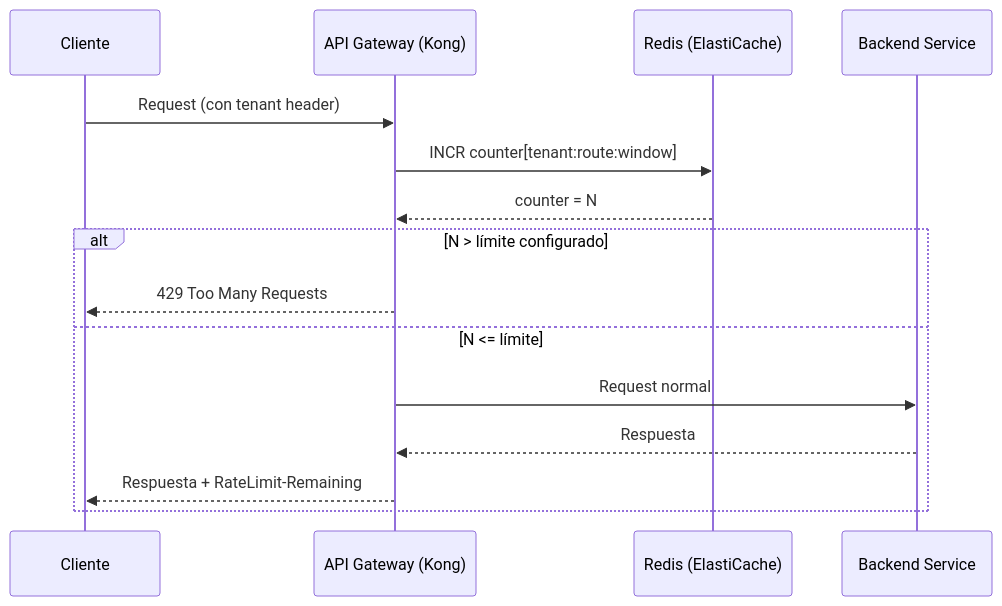
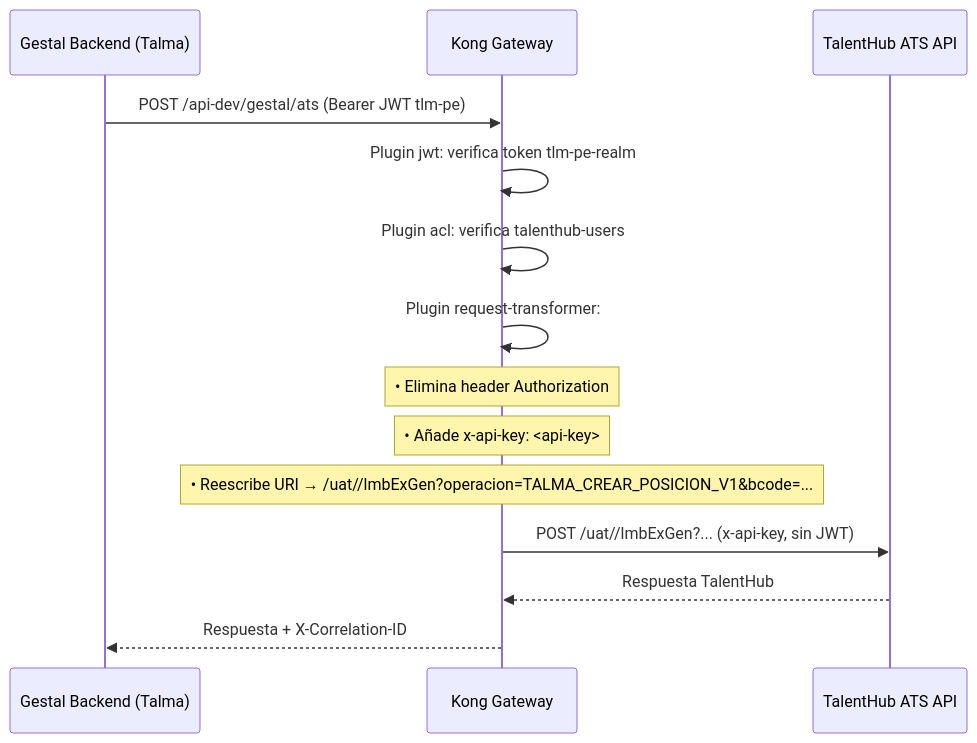
Before and after one commit to jclemente-tlm/tlm-doc-architecture: the second of 3 diagrams in docs/plataforma-corporativa/plataforma-de-integracion/api-gateway/06-vista-tiempo-ejecucion.md, drawn with Mermaid. The commit also changed other lines of this file and 11 other files, not shown here.

Commit message:
refactor: actualiza documentacion de api gateway

````diff
--- a/docs/plataforma-corporativa/plataforma-de-integracion/api-gateway/06-vista-tiempo-ejecucion.md
+++ b/docs/plataforma-corporativa/plataforma-de-integracion/api-gateway/06-vista-tiempo-ejecucion.md
@@ -37,18 +46,17 @@
 ```mermaid
 sequenceDiagram
-    participant C as Cliente
-    participant K as API Gateway (Kong)
-    participant R as Redis (ElastiCache)
-    participant B as Backend Service
+    participant G as Gestal Backend (Talma)
+    participant K as Kong Gateway
+    participant TH as TalentHub ATS API
 
-    C->>K: Request (con tenant header)
-    K->>R: INCR counter[tenant:route:window]
-    R-->>K: counter = N
-    alt N > límite configurado
-        K-->>C: 429 Too Many Requests
-    else N <= límite
-        K->>B: Request normal
-        B-->>K: Respuesta
-        K-->>C: Respuesta + RateLimit-Remaining
-    end
+    G->>K: POST /api-dev/gestal/ats (Bearer JWT tlm-pe)
+    K->>K: Plugin jwt: verifica token tlm-pe-realm
+    K->>K: Plugin acl: verifica talenthub-users
+    K->>K: Plugin request-transformer:
+    Note over K: • Elimina header Authorization
+    Note over K: • Añade x-api-key: <api-key>
+    Note over K: • Reescribe URI → /uat//lmbExGen?operacion=TALMA_CREAR_POSICION_V1&bcode=...
+    K->>TH: POST /uat//lmbExGen?... (x-api-key, sin JWT)
+    TH-->>K: Respuesta TalentHub
+    K-->>G: Respuesta + X-Correlation-ID
 ```
````
